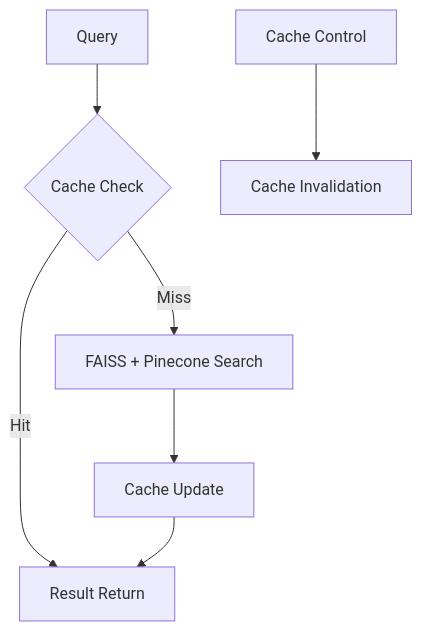
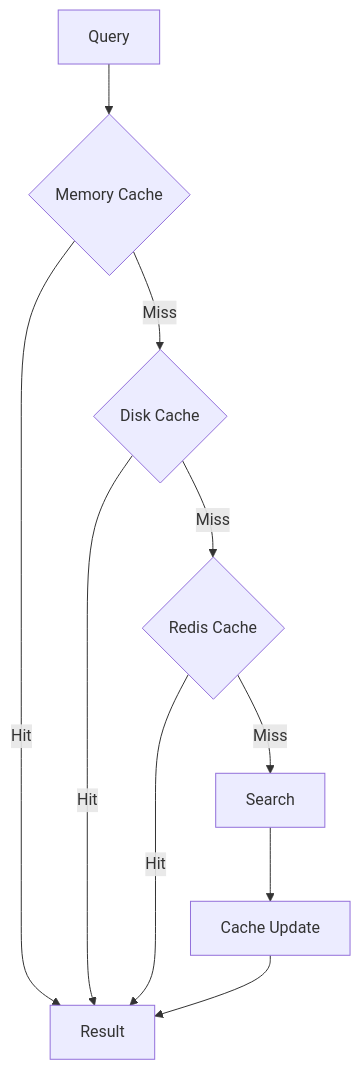
Before and after one commit to felipepimentel/plexure-api-search: the fourth of 4 diagrams in README.md, drawn with Mermaid. The commit also changed other lines of this file and 39 other files, not shown here.

````diff
--- a/README.md
+++ b/README.md
@@ -53,9 +78,12 @@
 ```mermaid
 graph TD
-    A[Query] --> B{Cache Check}
-    B -->|Hit| C[Result Return]
-    B -->|Miss| D[FAISS + Pinecone Search]
-    D --> E[Cache Update]
-    E --> C
-    F[Cache Control] --> G[Cache Invalidation]
+    A[Query] --> B{Memory Cache}
+    B -->|Hit| C[Result]
+    B -->|Miss| D{Disk Cache}
+    D -->|Hit| C
+    D -->|Miss| E{Redis Cache}
+    E -->|Hit| C
+    E -->|Miss| F[Search]
+    F --> G[Cache Update]
+    G --> C
 ```
````
